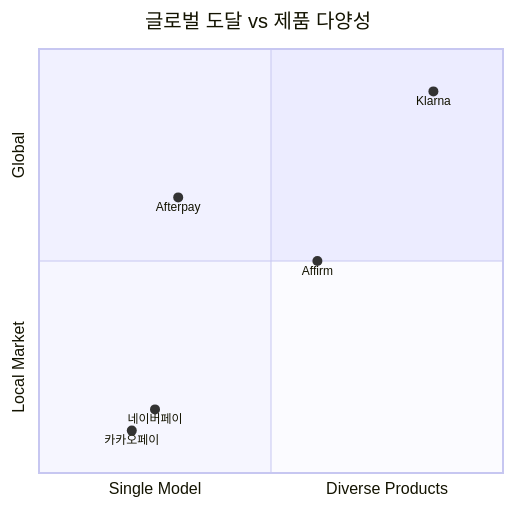
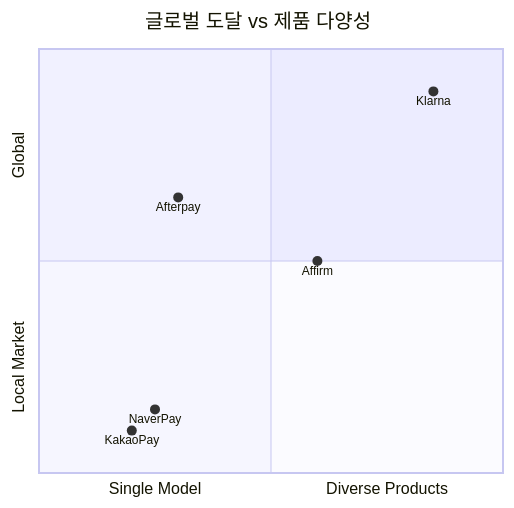
The diagram in docs/domains/bnpl/products/index.md (OkyoKwon/studyNresearch), drawn with Mermaid before and after one commit. The commit also changed 10 other files, not shown here.

````diff
--- a/docs/domains/bnpl/products/index.md
+++ b/docs/domains/bnpl/products/index.md
@@ -20,11 +20,11 @@
 ```mermaid
 quadrantChart
     title 글로벌 도달 vs 제품 다양성
     x-axis Single Model --> Diverse Products
     y-axis Local Market --> Global
     Klarna: [0.85, 0.9]
     Afterpay: [0.3, 0.65]
     Affirm: [0.6, 0.5]
-    네이버페이: [0.25, 0.15]
-    카카오페이: [0.2, 0.1]
+    NaverPay: [0.25, 0.15]
+    KakaoPay: [0.2, 0.1]
 ```
````
